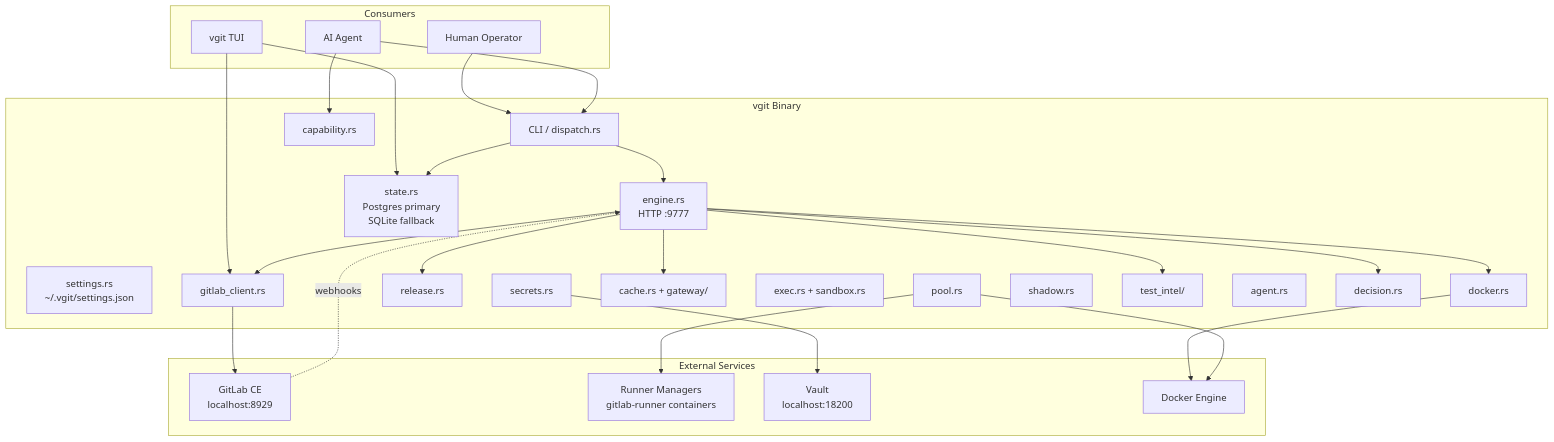
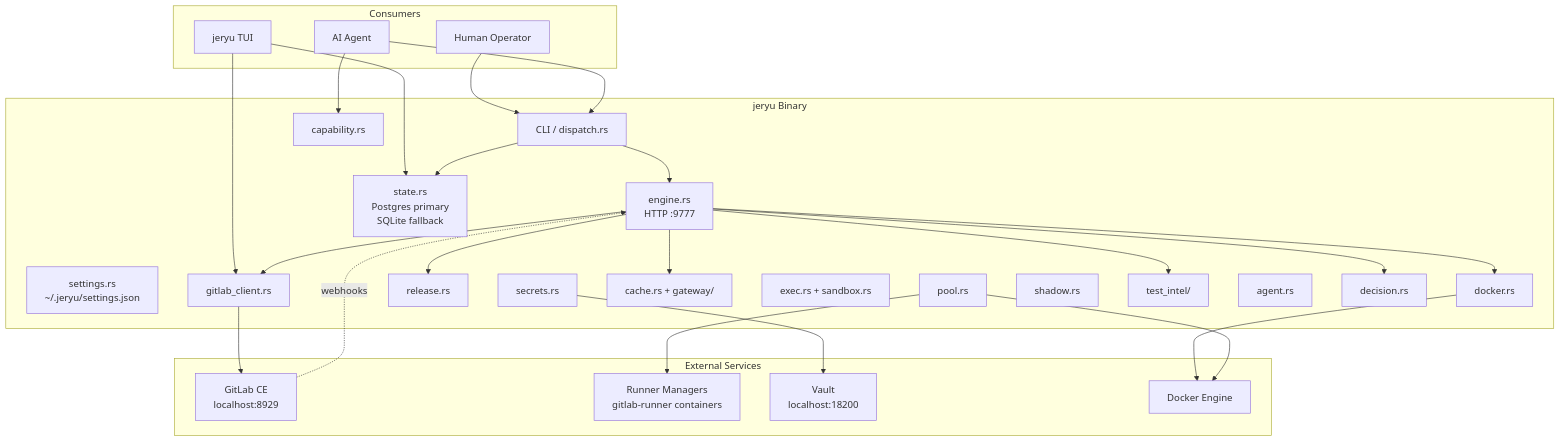
Before and after one commit to jeppsontaylor/JeRyu: the first of 7 diagrams in docs/ARCHITECTURE.md, drawn with Mermaid. The commit also changed other lines of this file and 224 other files, not shown here.

Commit message:
feat: complete JeRyu transition and architecture updates

````diff
--- a/docs/ARCHITECTURE.md
+++ b/docs/ARCHITECTURE.md
@@ -37,57 +47,57 @@
 ```mermaid
 graph TB
     subgraph Users["Consumers"]
         Human["Human Operator"]
         Agent["AI Agent"]
-        TUI["vgit TUI"]
+        TUI["jeryu TUI"]
     end
 
-    subgraph Vgit["vgit Binary"]
+    subgraph Jeryu["jeryu Binary"]
         CLI["CLI / dispatch.rs"]
         Engine["engine.rs<br/>HTTP :9777"]
-        Settings["settings.rs<br/>~/.vgit/settings.json"]
+        Settings["settings.rs<br/>~/.jeryu/settings.json"]
         State["state.rs<br/>Postgres primary<br/>SQLite fallback"]
         GL_Client["gitlab_client.rs"]
         Docker_Mod["docker.rs"]
         Release_Mod["release.rs"]
         Secrets_Mod["secrets.rs"]
         Cache_Mod["cache.rs + gateway/"]
         Exec_Mod["exec.rs + sandbox.rs"]
         Pool_Mod["pool.rs"]
         Shadow_Mod["shadow.rs"]
         VTI["test_intel/"]
         Agent_Mod["agent.rs"]
         Cap_Mod["capability.rs"]
         Decision_Mod["decision.rs"]
     end
 
     subgraph External["External Services"]
         GitLab["GitLab CE<br/>localhost:8929"]
         Runner["Runner Managers<br/>gitlab-runner containers"]
         Vault["Vault<br/>localhost:18200"]
         Docker_Engine["Docker Engine"]
     end
 
     Human --> CLI
     Agent --> CLI
     Agent --> Cap_Mod
     TUI --> State
     TUI --> GL_Client
 
     CLI --> Engine
     CLI --> State
     Engine --> GL_Client
     Engine --> Docker_Mod
     Engine --> Release_Mod
     Engine --> Cache_Mod
     Engine --> VTI
     Engine --> Decision_Mod
 
     GL_Client --> GitLab
     Docker_Mod --> Docker_Engine
     Secrets_Mod --> Vault
     Pool_Mod --> Runner
     Pool_Mod --> Docker_Engine
 
     GitLab -.->|webhooks| Engine
 ```
````
